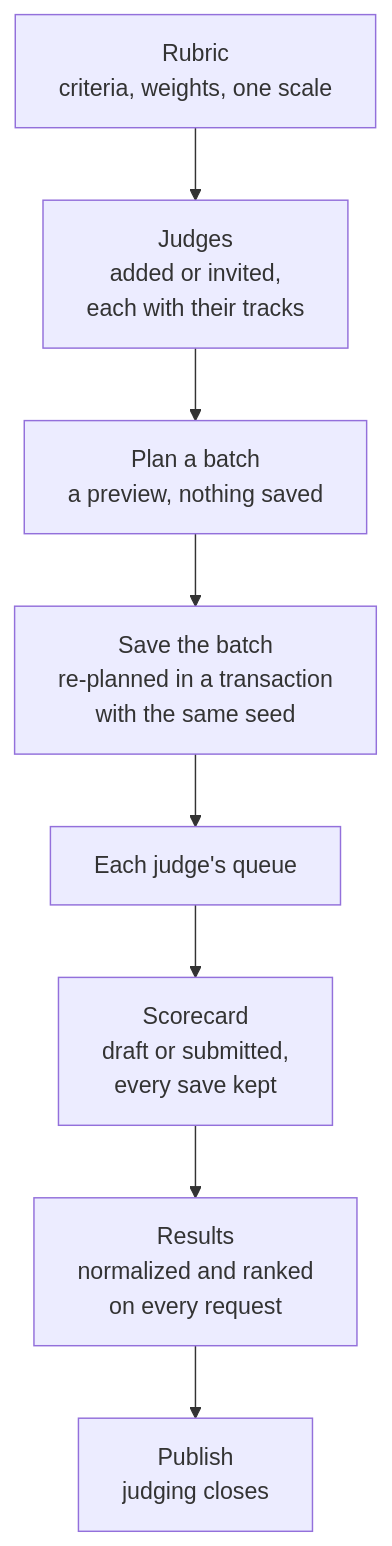
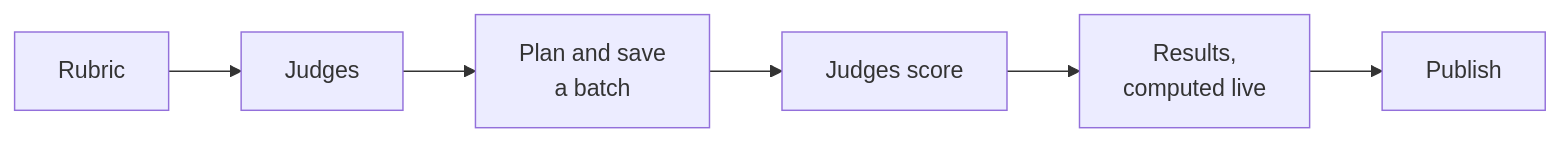
The tenth of 19 diagrams in ARCHITECTURE.md (manusingh090/Shipshape), drawn with Mermaid before and after one commit. The commit also changed other lines of this file and 2 other files, not shown here.

Commit message:
Update files: shorter README, compact diagrams

````diff
--- a/ARCHITECTURE.md
+++ b/ARCHITECTURE.md
@@ -390,10 +370,4 @@
 ```mermaid
-flowchart TB
-    rubric["Rubric<br/>criteria, weights, one scale"] --> judges["Judges<br/>added or invited,<br/>each with their tracks"]
-    judges --> plan["Plan a batch<br/>a preview, nothing saved"]
-    plan --> save["Save the batch<br/>re-planned in a transaction<br/>with the same seed"]
-    save --> queue["Each judge's queue"]
-    queue --> score["Scorecard<br/>draft or submitted,<br/>every save kept"]
-    score --> results["Results<br/>normalized and ranked<br/>on every request"]
-    results --> publish["Publish<br/>judging closes"]
+flowchart LR
+    rubric["Rubric"] --> judges["Judges"] --> batch["Plan and save<br/>a batch"] --> score["Judges score"] --> results["Results,<br/>computed live"] --> publish["Publish"]
 ```
````
